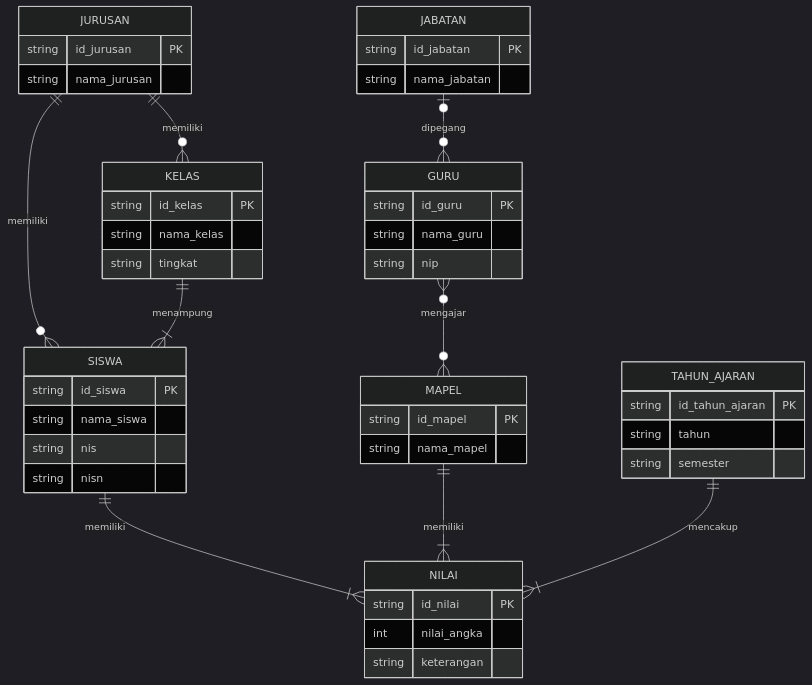
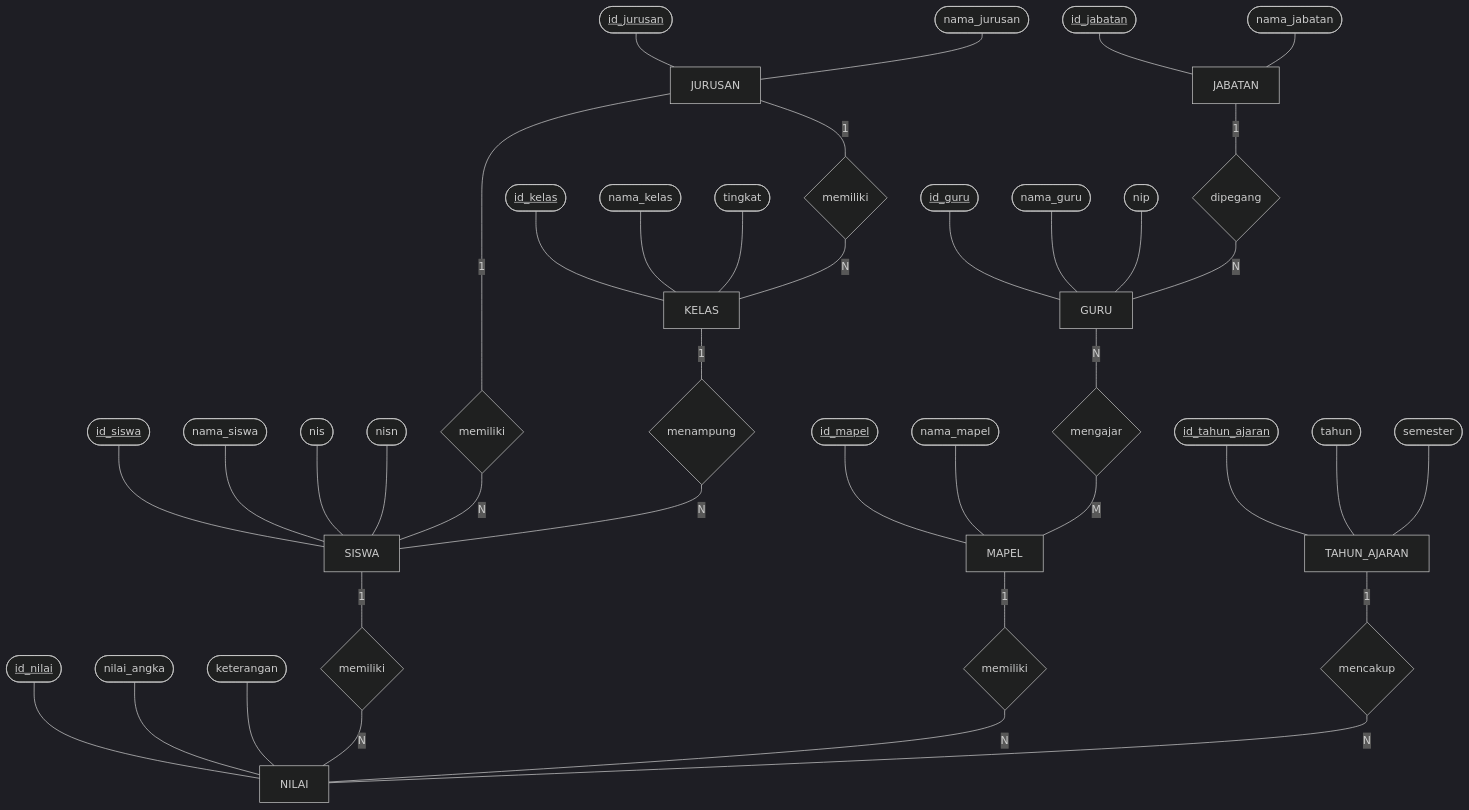
The diagram in erd.md (AffanShz/Capstone-RPL-Documentation), drawn with Mermaid (dark theme) before and after one commit.

Commit message:
erd basdat

````diff
--- a/erd.md
+++ b/erd.md
@@ -1,57 +1,76 @@
 ```mermaid
-erDiagram
-    JURUSAN ||--o{ KELAS : memiliki
-    JURUSAN ||--o{ SISWA : memiliki
-    KELAS ||--|{ SISWA : menampung
-    JABATAN |o--o{ GURU : dipegang
-    GURU }o--o{ MAPEL : mengajar
-    SISWA ||--|{ NILAI : memiliki
-    MAPEL ||--|{ NILAI : memiliki
-    TAHUN_AJARAN ||--|{ NILAI : mencakup
+flowchart TD
+    %% Entities
+    JURUSAN[JURUSAN]
+    KELAS[KELAS]
+    SISWA[SISWA]
+    JABATAN[JABATAN]
+    GURU[GURU]
+    MAPEL[MAPEL]
+    NILAI[NILAI]
+    TAHUN_AJARAN[TAHUN_AJARAN]
 
-    JURUSAN {
-        string id_jurusan PK
-        string nama_jurusan
-    }
+    %% Attributes
+    JURUSAN_id([<u>id_jurusan</u>]) --- JURUSAN
+    JURUSAN_nama([nama_jurusan]) --- JURUSAN
 
-    KELAS {
-        string id_kelas PK
-        string nama_kelas
-        string tingkat
-    }
+    KELAS_id([<u>id_kelas</u>]) --- KELAS
+    KELAS_nama([nama_kelas]) --- KELAS
+    KELAS_tingkat([tingkat]) --- KELAS
 
-    SISWA {
-        string id_siswa PK
-        string nama_siswa
-        string nis
-        string nisn
-    }
+    SISWA_id([<u>id_siswa</u>]) --- SISWA
+    SISWA_nama([nama_siswa]) --- SISWA
+    SISWA_nis([nis]) --- SISWA
+    SISWA_nisn([nisn]) --- SISWA
 
-    JABATAN {
-        string id_jabatan PK
-        string nama_jabatan
-    }
+    JABATAN_id([<u>id_jabatan</u>]) --- JABATAN
+    JABATAN_nama([nama_jabatan]) --- JABATAN
 
-    GURU {
-        string id_guru PK
-        string nama_guru
-        string nip
-    }
+    GURU_id([<u>id_guru</u>]) --- GURU
+    GURU_nama([nama_guru]) --- GURU
+    GURU_nip([nip]) --- GURU
 
-    MAPEL {
-        string id_mapel PK
-        string nama_mapel
-    }
+    MAPEL_id([<u>id_mapel</u>]) --- MAPEL
+    MAPEL_nama([nama_mapel]) --- MAPEL
 
-    NILAI {
-        string id_nilai PK
-        int nilai_angka
-        string keterangan
-    }
+    NILAI_id([<u>id_nilai</u>]) --- NILAI
+    NILAI_angka([nilai_angka]) --- NILAI
+    NILAI_ket([keterangan]) --- NILAI
 
-    TAHUN_AJARAN {
-        string id_tahun_ajaran PK
-        string tahun
-        string semester
-    }
+    TA_id([<u>id_tahun_ajaran</u>]) --- TAHUN_AJARAN
+    TA_tahun([tahun]) --- TAHUN_AJARAN
+    TA_sem([semester]) --- TAHUN_AJARAN
+
+    %% Relationships
+    REL_memiliki_jur_kelas{memiliki}
+    JURUSAN ---|1| REL_memiliki_jur_kelas
+    REL_memiliki_jur_kelas ---|N| KELAS
+
+    REL_memiliki_jur_siswa{memiliki}
+    JURUSAN ---|1| REL_memiliki_jur_siswa
+    REL_memiliki_jur_siswa ---|N| SISWA
+
+    REL_menampung{menampung}
+    KELAS ---|1| REL_menampung
+    REL_menampung ---|N| SISWA
+
+    REL_dipegang{dipegang}
+    JABATAN ---|1| REL_dipegang
+    REL_dipegang ---|N| GURU
+
+    REL_mengajar{mengajar}
+    GURU ---|N| REL_mengajar
+    REL_mengajar ---|M| MAPEL
+
+    REL_memiliki_siswa_nilai{memiliki}
+    SISWA ---|1| REL_memiliki_siswa_nilai
+    REL_memiliki_siswa_nilai ---|N| NILAI
+
+    REL_memiliki_mapel_nilai{memiliki}
+    MAPEL ---|1| REL_memiliki_mapel_nilai
+    REL_memiliki_mapel_nilai ---|N| NILAI
+
+    REL_mencakup{mencakup}
+    TAHUN_AJARAN ---|1| REL_mencakup
+    REL_mencakup ---|N| NILAI
 ```
````
